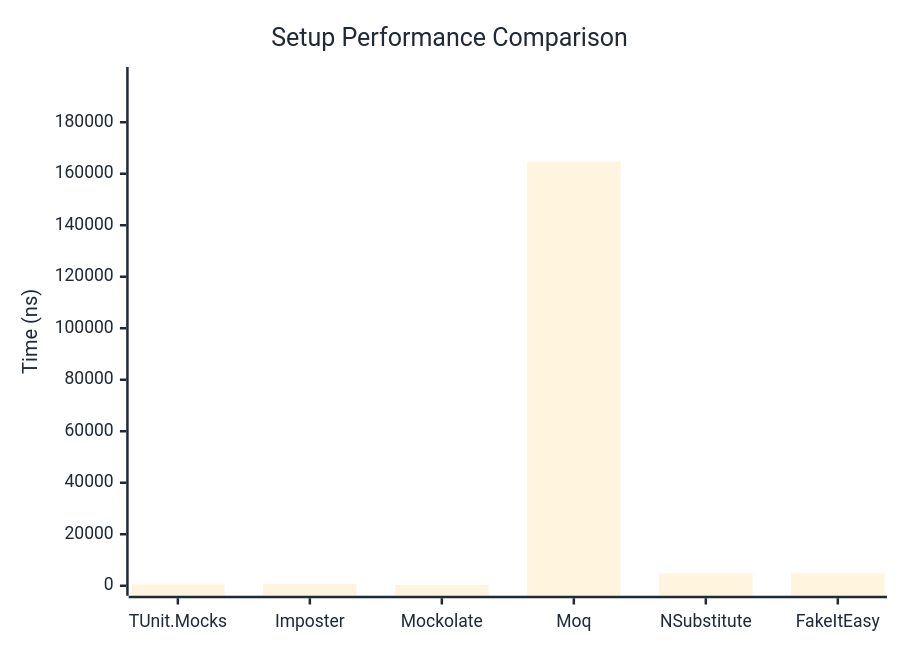
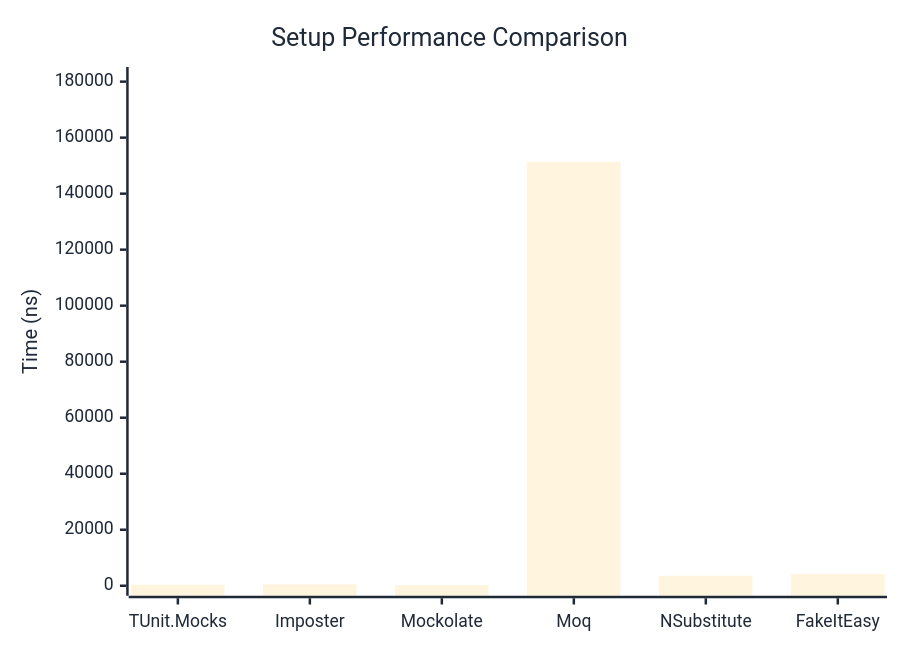
Before and after one commit to thomhurst/TUnit: the first of 2 diagrams in docs/docs/benchmarks/mocks/Setup.md, drawn with Mermaid. The commit also changed other lines of this file and 14 other files, not shown here.

````diff
--- a/docs/docs/benchmarks/mocks/Setup.md
+++ b/docs/docs/benchmarks/mocks/Setup.md
@@ -30,27 +30,27 @@
 ```mermaid
 %%{init: {
   'theme':'base',
   'themeVariables': {
     'primaryColor': '#2563eb',
     'primaryTextColor': '#1f2937',
     'primaryBorderColor': '#1e40af',
     'lineColor': '#6b7280',
     'secondaryColor': '#7c3aed',
     'tertiaryColor': '#dc2626',
     'background': '#ffffff',
     'pie1': '#2563eb',
     'pie2': '#7c3aed',
     'pie3': '#dc2626',
     'pie4': '#f59e0b',
     'pie5': '#10b981',
     'pie6': '#06b6d4',
     'pie7': '#ec4899',
     'pie8': '#6366f1'
   }
 }}%%
 xychart-beta
   title "Setup Performance Comparison"
   x-axis ["TUnit.Mocks", "Imposter", "Mockolate", "Moq", "NSubstitute", "FakeItEasy"]
-  y-axis "Time (ns)" 0 --> 197561
-  bar [536, 773.1, 306.7, 164633.8, 4793.5, 4873.2]
+  y-axis "Time (ns)" 0 --> 181655
+  bar [366.2, 487.1, 208.2, 151379, 3556.6, 4234.1]
 ```
````
